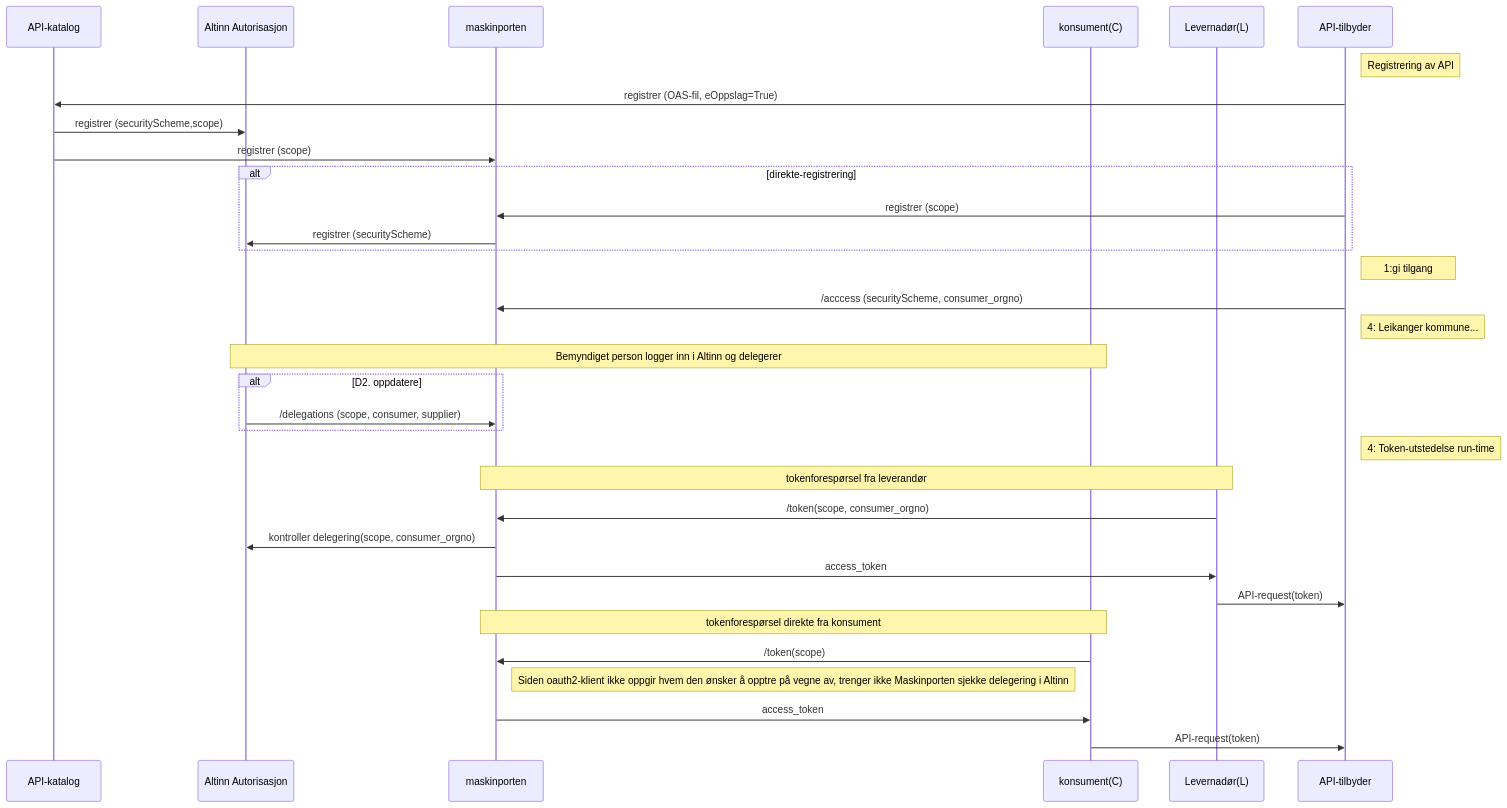
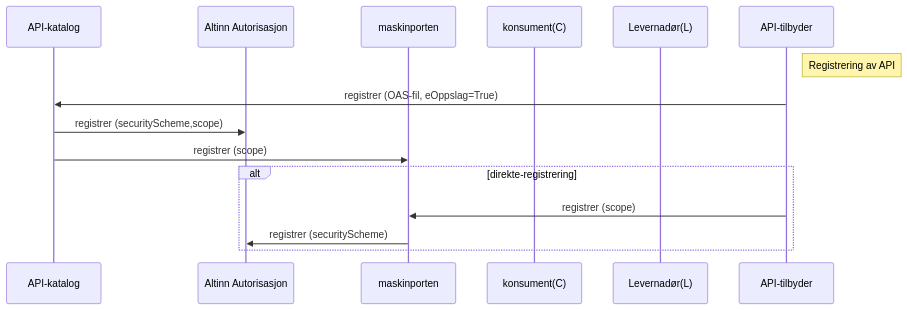
Before and after one commit to joergenb/oauth2-veileder: the diagram in pages/eoppslag/eoppslag_sbb_oauth2_sekvensdiagram.md, drawn with Mermaid.

```diff
--- a/pages/eoppslag/eoppslag_sbb_oauth2_sekvensdiagram.md
+++ b/pages/eoppslag/eoppslag_sbb_oauth2_sekvensdiagram.md
@@ -12,35 +12,17 @@
 <div class="mermaid">
 sequenceDiagram
-participant AP as API-katalog
-participant AA as Altinn Autorisasjon
-participant MP AS maskinporten
-participant C AS konsument(C)
-participant L AS Levernadør(L)
-participant A as API-tilbyder
-note right of A: Registrering av API
-A->>AP: registrer (OAS-fil, eOppslag=True)
-AP->>AA: registrer (securityScheme,scope)
-AP->>MP: registrer (scope)
-alt direkte-registrering
-A->>MP: registrer (scope)
-MP->>AA: registrer (securityScheme)
-end
-note right of A: 1:gi tilgang
-A->>MP: /acccess (securityScheme, consumer_orgno)
-note right of A: 4: Leikanger kommune...
-note over AA,C: Bemyndiget person logger inn i Altinn og delegerer
-alt D2. oppdatere
-AA->>MP: /delegations (scope, consumer, supplier)
-end
-note right of A: 4: Token-utstedelse  run-time
-note over L,MP: tokenforespørsel fra leverandør
-L->>MP: /token(scope, consumer_orgno)
-MP->>AA: kontroller delegering(scope, consumer_orgno)
-MP->>L: access_token
-L->>A: API-request(token)
-note over C,MP: tokenforespørsel direkte fra konsument
-C->>MP: /token(scope)
-note right of MP: Siden oauth2-klient ikke oppgir hvem den ønsker å opptre på vegne av, trenger ikke Maskinporten sjekke delegering i Altinn
-MP->>C: access_token
-C->>A: API-request(token)
-  </div>
+  participant AP as API-katalog
+  participant AA as Altinn Autorisasjon
+  participant MP AS maskinporten
+  participant C AS konsument(C)
+  participant L AS Levernadør(L)
+  participant A as API-tilbyder
+  note right of A: Registrering av API
+  A->>AP: registrer (OAS-fil, eOppslag=True)
+  AP->>AA: registrer (securityScheme,scope)
+  AP->>MP: registrer (scope)
+  alt direkte-registrering
+    A->>MP: registrer (scope)
+    MP->>AA: registrer (securityScheme)
+  end
+</div>
```
